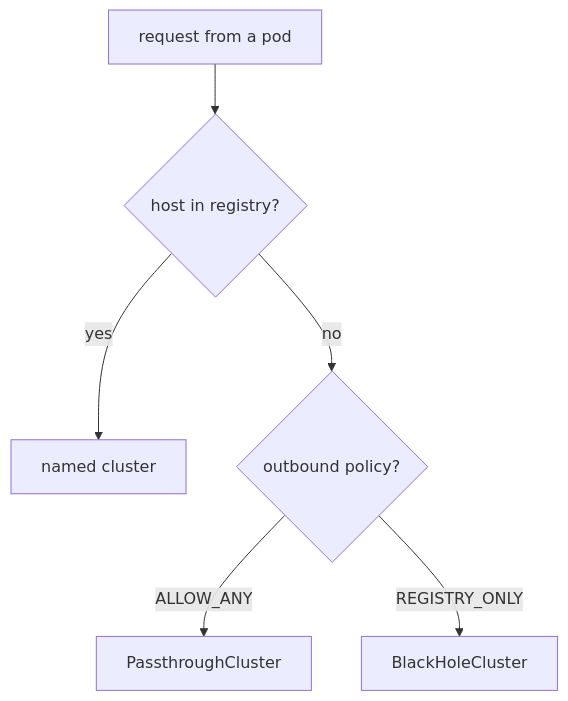
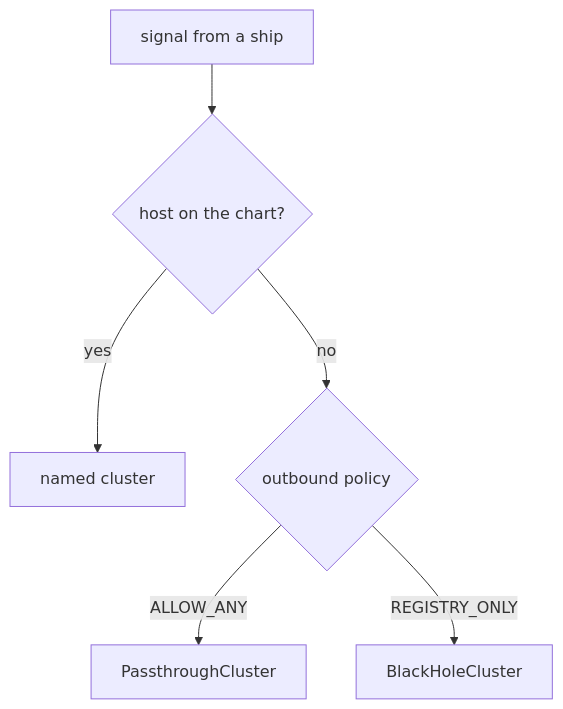
The diagram in sections/section-070/module-01/course-01-the-outbound-traffic-policy.md (astrona-io/ATS014), drawn with Mermaid before and after one commit. The commit also changed other lines of this file and 813 other files, not shown here.

````diff
--- a/sections/section-070/module-01/course-01-the-outbound-traffic-policy.md
+++ b/sections/section-070/module-01/course-01-the-outbound-traffic-policy.md
@@ -11,8 +15,8 @@
 ```mermaid
 flowchart TB
-    R["request from a pod"] --> K{"host in registry?"}
+    R["signal from a ship"] --> K{"host on the chart?"}
     K -->|"yes"| N["named cluster"]
-    K -->|"no"| P{"outbound policy?"}
+    K -->|"no"| P{"outbound policy"}
     P -->|"ALLOW_ANY"| PT["PassthroughCluster"]
     P -->|"REGISTRY_ONLY"| BH["BlackHoleCluster"]
 ```
````
